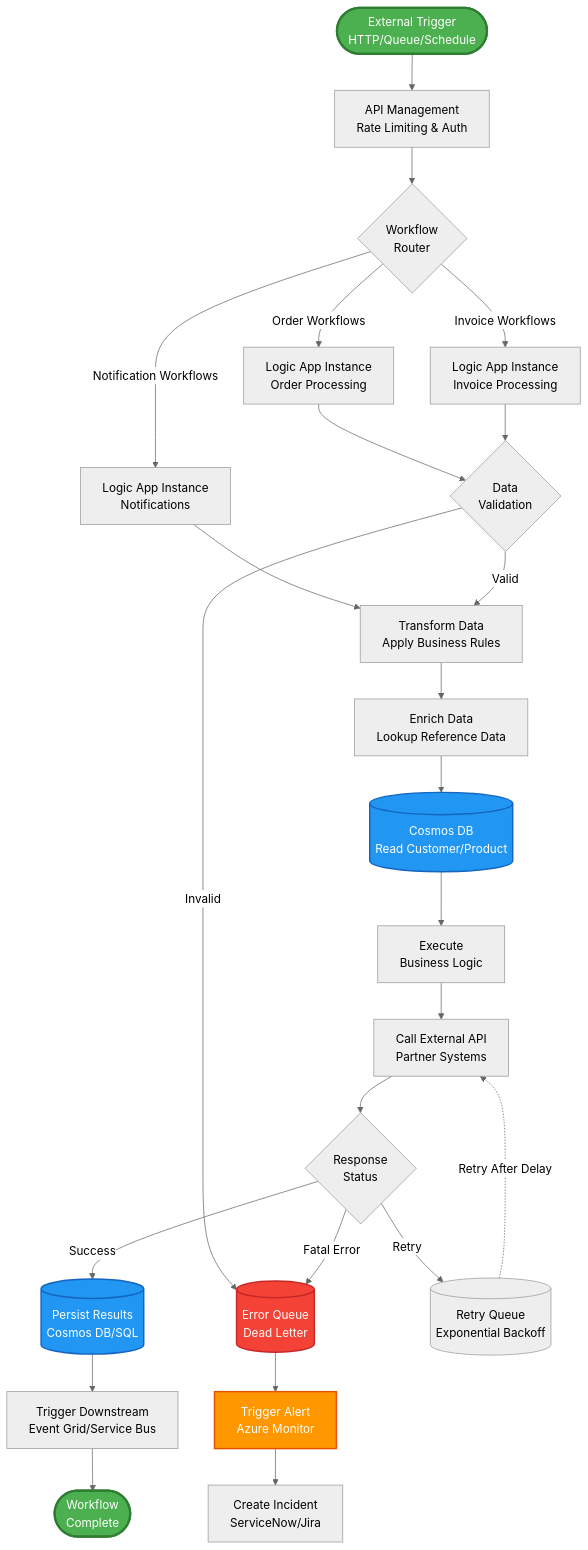
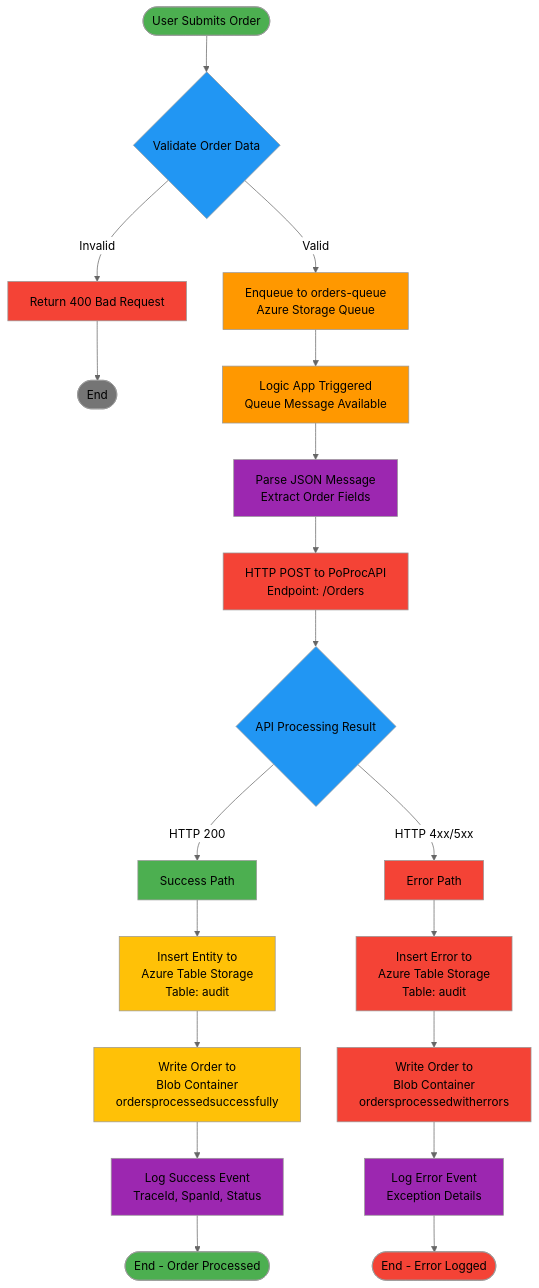
One commit to Evilazaro/Azure-LogicApps-Monitoring changed the third of 4 diagrams in README.md. Above: the diagram before and after it, drawn with Mermaid (neutral theme). The commit also changed other lines of this file, not shown here.

Commit message:
Implement feature X to enhance user experience and optimize performance

````diff
--- a/README.md
+++ b/README.md
@@ -484,47 +328,56 @@
 ```mermaid
 flowchart TD
-    START([External Trigger<br/>HTTP/Queue/Schedule])
+    START([User Submits Order]) --> VALIDATE{Validate Order Data}
     
-    START --> APIM[API Management<br/>Rate Limiting & Auth]
+    VALIDATE -->|Invalid| ERROR1[Return 400 Bad Request]
+    ERROR1 --> END1([End])
     
-    APIM --> ROUTE{Workflow<br/>Router}
+    VALIDATE -->|Valid| ENQUEUE[Enqueue to orders-queue<br/>Azure Storage Queue]
     
-    ROUTE -->|Order Workflows| LA_ORDER[Logic App Instance<br/>Order Processing]
-    ROUTE -->|Invoice Workflows| LA_INVOICE[Logic App Instance<br/>Invoice Processing]
-    ROUTE -->|Notification Workflows| LA_NOTIFY[Logic App Instance<br/>Notifications]
+    ENQUEUE --> TRIGGER[Logic App Triggered<br/>Queue Message Available]
     
-    LA_ORDER --> VALIDATE{Data<br/>Validation}
-    LA_INVOICE --> VALIDATE
-    LA_NOTIFY --> TRANSFORM[Transform Data<br/>Apply Business Rules]
+    TRIGGER --> PARSE[Parse JSON Message<br/>Extract Order Fields]
     
-    VALIDATE -->|Valid| TRANSFORM
-    VALIDATE -->|Invalid| ERROR_QUEUE[(Error Queue<br/>Dead Letter)]
+    PARSE --> HTTP[HTTP POST to PoProcAPI<br/>Endpoint: /Orders]
     
-    TRANSFORM --> ENRICH[Enrich Data<br/>Lookup Reference Data]
+    HTTP --> PROCESS{API Processing Result}
     
-    ENRICH --> COSMOS_READ[(Cosmos DB<br/>Read Customer/Product)]
-    COSMOS_READ --> BUSINESS_LOGIC[Execute<br/>Business Logic]
+    PROCESS -->|HTTP 200| SUCCESS_PATH[Success Path]
+    PROCESS -->|HTTP 4xx/5xx| ERROR_PATH[Error Path]
     
-    BUSINESS_LOGIC --> EXTERNAL_API[Call External API<br/>Partner Systems]
-    EXTERNAL_API --> PROCESS_RESPONSE{Response<br/>Status}
+    SUCCESS_PATH --> AUDIT_SUCCESS[Insert Entity to<br/>Azure Table Storage<br/>Table: audit]
     
-    PROCESS_RESPONSE -->|Success| PERSIST[(Persist Results<br/>Cosmos DB/SQL)]
-    PROCESS_RESPONSE -->|Retry| RETRY_QUEUE[(Retry Queue<br/>Exponential Backoff)]
-    PROCESS_RESPONSE -->|Fatal Error| ERROR_QUEUE
+    AUDIT_SUCCESS --> BLOB_SUCCESS[Write Order to<br/>Blob Container<br/>ordersprocessedsuccessfully]
     
-    PERSIST --> NOTIFY_DOWNSTREAM[Trigger Downstream<br/>Event Grid/Service Bus]
+    BLOB_SUCCESS --> LOG_SUCCESS[Log Success Event<br/>TraceId, SpanId, Status]
     
-    RETRY_QUEUE -.Retry After Delay.-> EXTERNAL_API
+    LOG_SUCCESS --> END2([End - Order Processed])
     
-    NOTIFY_DOWNSTREAM --> END([Workflow<br/>Complete])
+    ERROR_PATH --> AUDIT_ERROR[Insert Error to<br/>Azure Table Storage<br/>Table: audit]
     
-    ERROR_QUEUE --> ALERT[Trigger Alert<br/>Azure Monitor]
-    ALERT --> INCIDENT[Create Incident<br/>ServiceNow/Jira]
+    AUDIT_ERROR --> BLOB_ERROR[Write Order to<br/>Blob Container<br/>ordersprocessedwitherrors]
     
-    style START fill:#4caf50,stroke:#2e7d32,stroke-width:3px,color:#fff
-    style END fill:#4caf50,stroke:#2e7d32,stroke-width:3px,color:#fff
-    style ERROR_QUEUE fill:#f44336,stroke:#c62828,stroke-width:2px,color:#fff
-    style ALERT fill:#ff9800,stroke:#e65100,stroke-width:2px,color:#fff
-    style COSMOS_READ fill:#2196f3,stroke:#1565c0,stroke-width:2px,color:#fff
-    style PERSIST fill:#2196f3,stroke:#1565c0,stroke-width:2px,color:#fff
+    BLOB_ERROR --> LOG_ERROR[Log Error Event<br/>Exception Details]
+    
+    LOG_ERROR --> END3([End - Error Logged])
+    
+    style START fill:#4caf50
+    style VALIDATE fill:#2196f3
+    style ENQUEUE fill:#ff9800
+    style TRIGGER fill:#ff9800
+    style PARSE fill:#9c27b0
+    style HTTP fill:#f44336
+    style PROCESS fill:#2196f3
+    style SUCCESS_PATH fill:#4caf50
+    style ERROR_PATH fill:#f44336
+    style AUDIT_SUCCESS fill:#ffc107
+    style BLOB_SUCCESS fill:#ffc107
+    style LOG_SUCCESS fill:#9c27b0
+    style AUDIT_ERROR fill:#f44336
+    style BLOB_ERROR fill:#f44336
+    style LOG_ERROR fill:#9c27b0
+    style END1 fill:#757575
+    style END2 fill:#4caf50
+    style END3 fill:#f44336
+    style ERROR1 fill:#f44336
 ```
````
